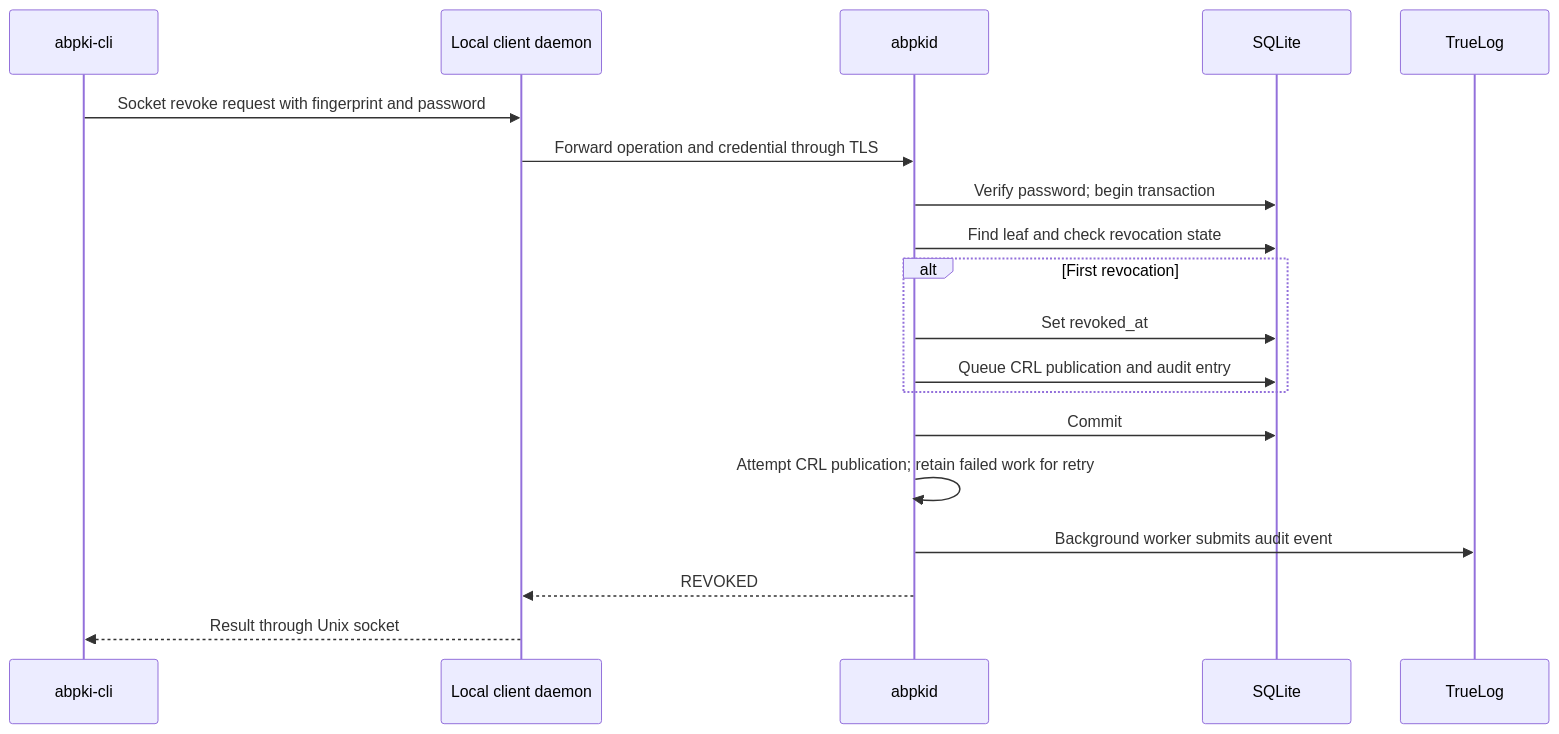
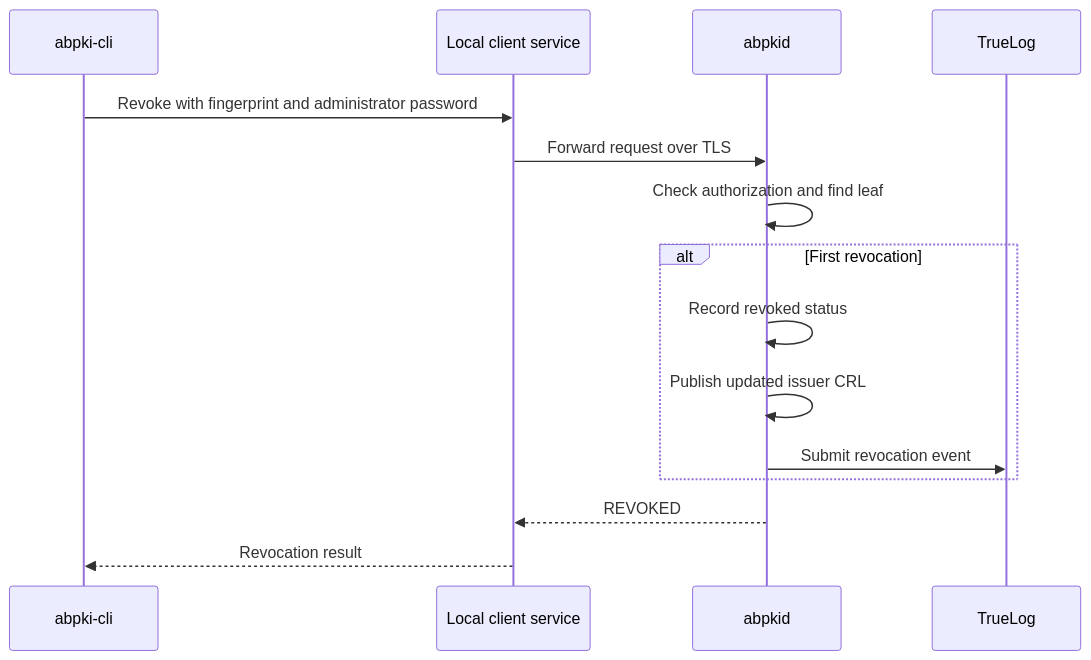
One commit to pregene/autobricks-pki changed the diagram in LEAF-REVOKE.md. Above: the diagram before and after it, drawn with Mermaid. The commit also changed other lines of this file and 23 other files, not shown here.

````diff
--- a/LEAF-REVOKE.md
+++ b/LEAF-REVOKE.md
@@ -33,21 +31,17 @@
 ```mermaid
 sequenceDiagram
     participant Admin as abpki-cli
-    participant Local as Local client daemon
+    participant Local as Local client service
     participant PKI as abpkid
-    participant DB as SQLite
     participant Log as TrueLog
-    Admin->>Local: Socket revoke request with fingerprint and password
-    Local->>PKI: Forward operation and credential through TLS
-    PKI->>DB: Verify password#59; begin transaction
-    PKI->>DB: Find leaf and check revocation state
+    Admin->>Local: Revoke with fingerprint and administrator password
+    Local->>PKI: Forward request over TLS
+    PKI->>PKI: Check authorization and find leaf
     alt First revocation
-        PKI->>DB: Set revoked_at
-        PKI->>DB: Queue CRL publication and audit entry
+        PKI->>PKI: Record revoked status
+        PKI->>PKI: Publish updated issuer CRL
+        PKI->>Log: Submit revocation event
     end
-    PKI->>DB: Commit
-    PKI->>PKI: Attempt CRL publication#59; retain failed work for retry
-    PKI->>Log: Background worker submits audit event
     PKI-->>Local: REVOKED
-    Local-->>Admin: Result through Unix socket
+    Local-->>Admin: Revocation result
 ```
````
